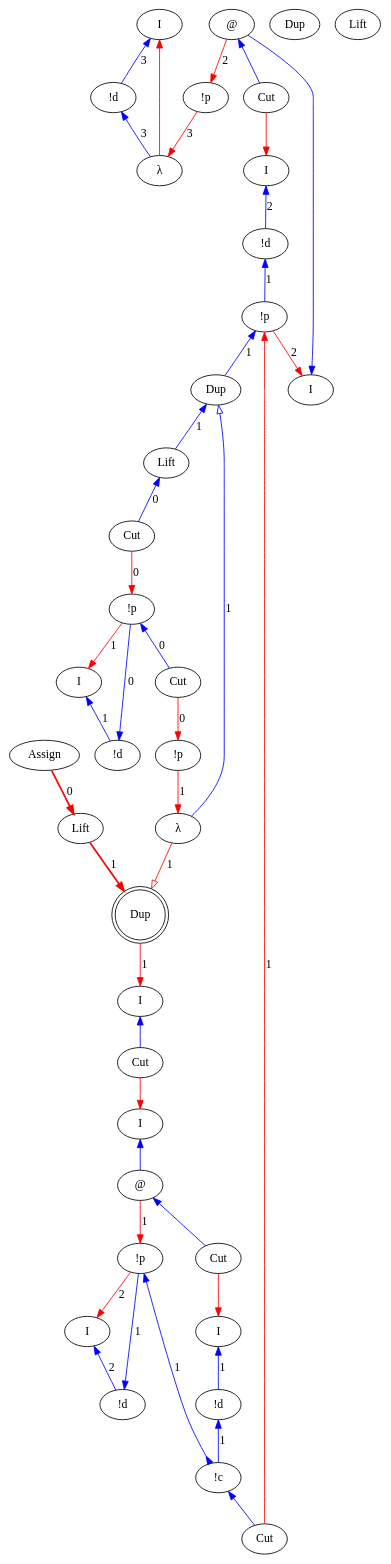
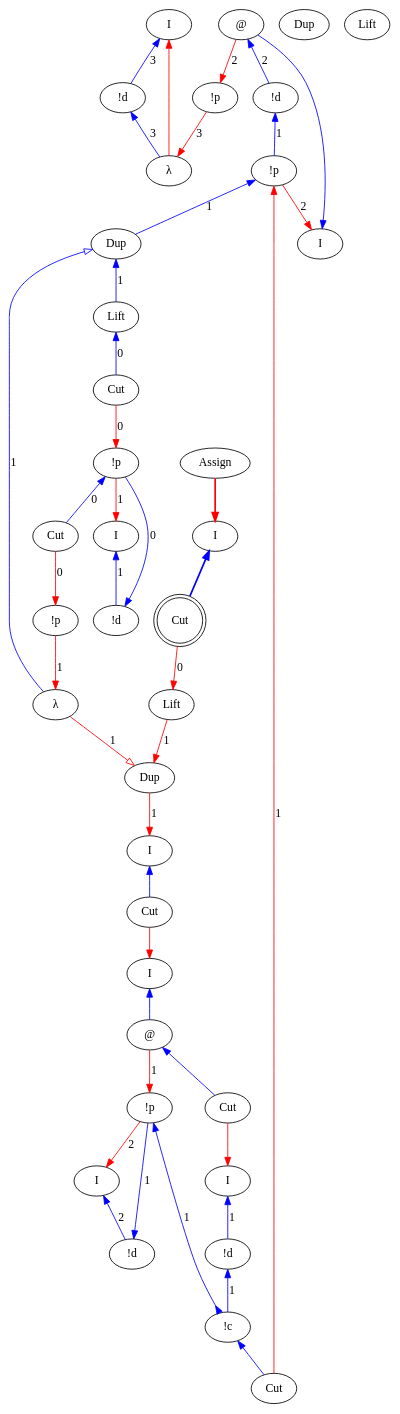
One commit to Mathnerd314/stroscot changed the diagram in src/core/graphs/example_m_12_l.dot. Above: the diagram before and after it, drawn with Graphviz. The commit also changed 37 other files, not shown here.

```diff
--- a/src/core/graphs/example_m_12_l.dot
+++ b/src/core/graphs/example_m_12_l.dot
@@ -1,79 +1,79 @@
 digraph {
 rankdir="TB"
 "I0" [label="I"]
 "!d1" [label="!d"]
 "λ2" [label="λ"]
 "!p3" [label="!p"]
 "I4" [label="I"]
 "@5" [label="@"]
-"I6" [label="I"]
-"!d7" [label="!d"]
-"Cut8" [label="Cut"]
-"!p9" [label="!p"]
-"I10" [label="I"]
-"I11" [label="I"]
-"!d12" [label="!d"]
-"!p13" [label="!p"]
+"!d6" [label="!d"]
+"!p7" [label="!p"]
+"I8" [label="I"]
+"I9" [label="I"]
+"!d10" [label="!d"]
+"!p11" [label="!p"]
+"I12" [label="I"]
+"@13" [label="@"]
 "I14" [label="I"]
-"@15" [label="@"]
-"I16" [label="I"]
-"!d17" [label="!d"]
-"Cut18" [label="Cut"]
-"!c19" [label="!c"]
-"I20" [label="I"]
-"!d21" [label="!d"]
-"!p22" [label="!p"]
-"Assign23" [label="Assign"]
+"!d15" [label="!d"]
+"Cut16" [label="Cut"]
+"!c17" [label="!c"]
+"I18" [label="I"]
+"!d19" [label="!d"]
+"!p20" [label="!p"]
+"I21" [label="I"]
+"Assign22" [label="Assign"]
+"Cut23" [label="Cut"]
 "Cut24" [label="Cut"]
-"Cut25" [label="Cut"]
-"!p26" [label="!p"]
-"Cut27" [label="Cut"]
-"λ28" [label="λ"]
+"!p25" [label="!p"]
+"Cut26" [label="Cut"]
+"λ27" [label="λ"]
+"Dup28" [label="Dup"]
 "Dup29" [label="Dup"]
 "Dup30" [label="Dup"]
-"Dup31" [label="Dup",shape=doublecircle]
+"Lift31" [label="Lift"]
 "Lift32" [label="Lift"]
 "Lift33" [label="Lift"]
-"Lift34" [label="Lift"]
-"Cut35" [label="Cut"]
-"Dup30" -> "Lift33"[color=blue,weight=1,tooltip="h101",label="1",arrowtail=normal,arrowhead=none,dir=both]
-"Dup30" -> "λ28"[color=blue,weight=1,tooltip="h105",label="1",arrowtail=onormal,arrowhead=none,dir=both]
-"Lift33" -> "Cut35"[color=blue,weight=1,tooltip="h109",label="0",arrowtail=normal,arrowhead=none,dir=both]
-"!p9" -> "Dup30"[color=blue,weight=1,tooltip="h34",label="1",arrowtail=normal,arrowhead=none,dir=both]
-"!d7" -> "!p9"[color=blue,weight=1,tooltip="hf65",label="1",arrowtail=normal,arrowhead=none,dir=both]
-"I6" -> "!d7"[color=blue,weight=1,tooltip="hret73",label="2",arrowtail=normal,arrowhead=none,dir=both]
+"Cut34" [label="Cut"]
+"Cut35" [label="Cut",shape=doublecircle]
+"Dup29" -> "Lift32"[color=blue,weight=1,tooltip="h101",label="1",arrowtail=normal,arrowhead=none,dir=both]
+"Dup29" -> "λ27"[color=blue,weight=1,tooltip="h105",label="1",arrowtail=onormal,arrowhead=none,dir=both]
+"Lift32" -> "Cut34"[color=blue,weight=1,tooltip="h109",label="0",arrowtail=normal,arrowhead=none,dir=both]
+"!p7" -> "Dup29"[color=blue,weight=1,tooltip="h34",label="1",arrowtail=normal,arrowhead=none,dir=both]
+"!d6" -> "!p7"[color=blue,weight=1,tooltip="hf65",label="1",arrowtail=normal,arrowhead=none,dir=both]
 "!d1" -> "λ2"[color=blue,weight=1,tooltip="i81",label="3",arrowtail=normal,arrowhead=none,dir=both]
 "I0" -> "!d1"[color=blue,weight=1,tooltip="iret84",label="3",arrowtail=normal,arrowhead=none,dir=both]
-"I14" -> "@15"[color=blue,weight=1,tooltip="lret53",arrowtail=normal,arrowhead=none,dir=both]
-"I10" -> "Cut25"[color=blue,weight=1,tooltip="lret62",arrowtail=normal,arrowhead=none,dir=both]
+"I21" -> "Cut35"[color=blue,weight=1,tooltip="lret19",arrowtail=normal,arrowhead=none,penwidth=2,dir=both]
+"I12" -> "@13"[color=blue,weight=1,tooltip="lret53",arrowtail=normal,arrowhead=none,dir=both]
+"I8" -> "Cut24"[color=blue,weight=1,tooltip="lret62",arrowtail=normal,arrowhead=none,dir=both]
 "I4" -> "@5"[color=blue,weight=1,tooltip="lret75",arrowtail=normal,arrowhead=none,dir=both]
-"@15" -> "Cut18"[color=blue,weight=1,tooltip="lval48",arrowtail=normal,arrowhead=none,dir=both]
-"@5" -> "Cut8"[color=blue,weight=1,tooltip="lval70",arrowtail=normal,arrowhead=none,dir=both]
-"Cut35" -> "!p22"[color=red,weight=2,tooltip="newrret18",label="0",arrowhead=normal,arrowtail=none,dir=both]
-"@15" -> "!p13"[color=red,weight=2,tooltip="newrret52",label="1",arrowhead=normal,arrowtail=none,dir=both]
-"Cut24" -> "!p9"[color=red,weight=2,tooltip="newrret61",label="1",arrowhead=normal,arrowtail=none,dir=both]
+"@13" -> "Cut16"[color=blue,weight=1,tooltip="lval48",arrowtail=normal,arrowhead=none,dir=both]
+"@5" -> "!d6"[color=blue,weight=1,tooltip="lval70",label="2",arrowtail=normal,arrowhead=none,dir=both]
+"Cut34" -> "!p20"[color=red,weight=2,tooltip="newrret18",label="0",arrowhead=normal,arrowtail=none,dir=both]
+"@13" -> "!p11"[color=red,weight=2,tooltip="newrret52",label="1",arrowhead=normal,arrowtail=none,dir=both]
+"Cut23" -> "!p7"[color=red,weight=2,tooltip="newrret61",label="1",arrowhead=normal,arrowtail=none,dir=both]
 "@5" -> "!p3"[color=red,weight=2,tooltip="newrret74",label="2",arrowhead=normal,arrowtail=none,dir=both]
-"Cut27" -> "!p26"[color=red,weight=2,tooltip="newrret94",label="0",arrowhead=normal,arrowtail=none,dir=both]
-"!p22" -> "I20"[color=red,weight=2,tooltip="newrretf23",label="1",arrowhead=normal,arrowtail=none,dir=both]
-"!p13" -> "I11"[color=red,weight=2,tooltip="newrretf57",label="2",arrowhead=normal,arrowtail=none,dir=both]
-"!p9" -> "I4"[color=red,weight=2,tooltip="newrretf66",label="2",arrowhead=normal,arrowtail=none,dir=both]
+"Cut26" -> "!p25"[color=red,weight=2,tooltip="newrret94",label="0",arrowhead=normal,arrowtail=none,dir=both]
+"!p20" -> "I18"[color=red,weight=2,tooltip="newrretf23",label="1",arrowhead=normal,arrowtail=none,dir=both]
+"!p11" -> "I9"[color=red,weight=2,tooltip="newrretf57",label="2",arrowhead=normal,arrowtail=none,dir=both]
+"!p7" -> "I4"[color=red,weight=2,tooltip="newrretf66",label="2",arrowhead=normal,arrowtail=none,dir=both]
 "!p3" -> "λ2"[color=red,weight=2,tooltip="newrretf78",label="3",arrowhead=normal,arrowtail=none,dir=both]
-"!p26" -> "λ28"[color=red,weight=2,tooltip="newrretf92",label="1",arrowhead=normal,arrowtail=none,dir=both]
-"Lift34" -> "Dup31"[color=red,weight=2,tooltip="ret102",label="1",arrowhead=normal,arrowtail=none,penwidth=2,dir=both]
-"λ28" -> "Dup31"[color=red,weight=2,tooltip="ret106",label="1",arrowhead=onormal,arrowtail=none,dir=both]
-"Assign23" -> "Lift34"[color=red,weight=2,tooltip="ret110",label="0",arrowhead=normal,arrowtail=none,penwidth=2,dir=both]
-"Dup31" -> "I10"[color=red,weight=2,tooltip="ret35",label="1",arrowhead=normal,arrowtail=none,dir=both]
-"Cut25" -> "I14"[color=red,weight=2,tooltip="ret42",arrowhead=normal,arrowtail=none,dir=both]
+"!p25" -> "λ27"[color=red,weight=2,tooltip="newrretf92",label="1",arrowhead=normal,arrowtail=none,dir=both]
+"Lift33" -> "Dup30"[color=red,weight=2,tooltip="ret102",label="1",arrowhead=normal,arrowtail=none,dir=both]
+"λ27" -> "Dup30"[color=red,weight=2,tooltip="ret106",label="1",arrowhead=onormal,arrowtail=none,dir=both]
+"Cut35" -> "Lift33"[color=red,weight=2,tooltip="ret110",label="0",arrowhead=normal,arrowtail=none,dir=both]
+"Dup30" -> "I8"[color=red,weight=2,tooltip="ret35",label="1",arrowhead=normal,arrowtail=none,dir=both]
+"Cut24" -> "I12"[color=red,weight=2,tooltip="ret42",arrowhead=normal,arrowtail=none,dir=both]
+"Assign22" -> "I21"[color=red,weight=2,tooltip="ret8",arrowhead=normal,arrowtail=none,penwidth=2,dir=both]
 "λ2" -> "I0"[color=red,weight=2,tooltip="ret82",arrowhead=normal,arrowtail=none,dir=both]
-"Cut18" -> "I16"[color=red,weight=2,tooltip="rval49",arrowhead=normal,arrowtail=none,dir=both]
-"Cut8" -> "I6"[color=red,weight=2,tooltip="rval71",arrowhead=normal,arrowtail=none,dir=both]
-"!p22" -> "Cut27"[color=blue,weight=1,tooltip="xB10",label="0",arrowtail=normal,arrowhead=none,dir=both]
-"!d21" -> "!p22"[color=blue,weight=1,tooltip="xBf22",label="0",arrowtail=normal,arrowhead=none,dir=both]
-"I20" -> "!d21"[color=blue,weight=1,tooltip="xret26",label="1",arrowtail=normal,arrowhead=none,dir=both]
-"!c19" -> "Cut24"[color=blue,weight=1,tooltip="y41",arrowtail=normal,arrowhead=none,dir=both]
-"!d17" -> "!c19"[color=blue,weight=1,tooltip="yA43",label="1",arrowtail=normal,arrowhead=none,dir=both]
-"!p13" -> "!c19"[color=blue,weight=1,tooltip="yB44",label="1",arrowtail=normal,arrowhead=inv,dir=both]
-"!d12" -> "!p13"[color=blue,weight=1,tooltip="yBf56",label="1",arrowtail=normal,arrowhead=none,dir=both]
-"I16" -> "!d17"[color=blue,weight=1,tooltip="yret51",label="1",arrowtail=normal,arrowhead=none,dir=both]
-"I11" -> "!d12"[color=blue,weight=1,tooltip="yret60",label="2",arrowtail=normal,arrowhead=none,dir=both]
+"Cut16" -> "I14"[color=red,weight=2,tooltip="rval49",arrowhead=normal,arrowtail=none,dir=both]
+"!p20" -> "Cut26"[color=blue,weight=1,tooltip="xB10",label="0",arrowtail=normal,arrowhead=none,dir=both]
+"!d19" -> "!p20"[color=blue,weight=1,tooltip="xBf22",label="0",arrowtail=normal,arrowhead=none,dir=both]
+"I18" -> "!d19"[color=blue,weight=1,tooltip="xret26",label="1",arrowtail=normal,arrowhead=none,dir=both]
+"!c17" -> "Cut23"[color=blue,weight=1,tooltip="y41",arrowtail=normal,arrowhead=none,dir=both]
+"!d15" -> "!c17"[color=blue,weight=1,tooltip="yA43",label="1",arrowtail=normal,arrowhead=none,dir=both]
+"!p11" -> "!c17"[color=blue,weight=1,tooltip="yB44",label="1",arrowtail=normal,arrowhead=inv,dir=both]
+"!d10" -> "!p11"[color=blue,weight=1,tooltip="yBf56",label="1",arrowtail=normal,arrowhead=none,dir=both]
+"I14" -> "!d15"[color=blue,weight=1,tooltip="yret51",label="1",arrowtail=normal,arrowhead=none,dir=both]
+"I9" -> "!d10"[color=blue,weight=1,tooltip="yret60",label="2",arrowtail=normal,arrowhead=none,dir=both]
 }
```
